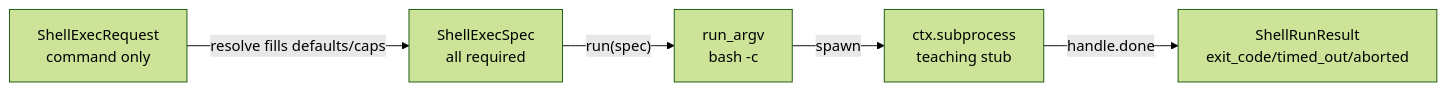
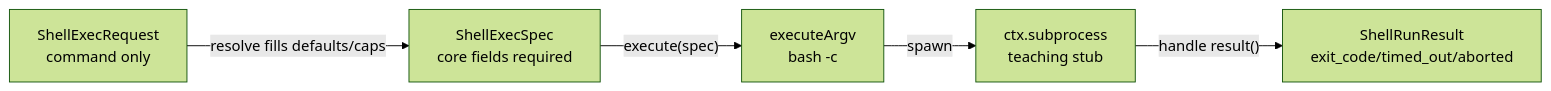
One commit to ChenYu1991ppak/deepseek-harness-anatomy changed the second of 2 diagrams in ch05/ch05-capability-seam-triple-role_en.md. Above: the diagram before and after it, drawn with Mermaid (forest theme). The commit also changed other lines of this file and 124 other files, not shown here.

````diff
--- a/ch05/ch05-capability-seam-triple-role_en.md
+++ b/ch05/ch05-capability-seam-triple-role_en.md
@@ -193,7 +195,7 @@
 ```mermaid
 flowchart LR
-    A[ShellExecRequest<br/>command only] -->|"resolve fills defaults/caps"| B[ShellExecSpec<br/>all required]
-    B -->|"run(spec)"| C[run_argv<br/>bash -c]
+    A[ShellExecRequest<br/>command only] -->|"resolve fills defaults/caps"| B[ShellExecSpec<br/>core fields required]
+    B -->|"execute(spec)"| C[executeArgv<br/>bash -c]
     C -->|"spawn"| D[ctx.subprocess<br/>teaching stub]
-    D -->|"handle.done"| E[ShellRunResult<br/>exit_code/timed_out/aborted]
+    D -->|"handle result()"| E[ShellRunResult<br/>exit_code/timed_out/aborted]
 ```
````
